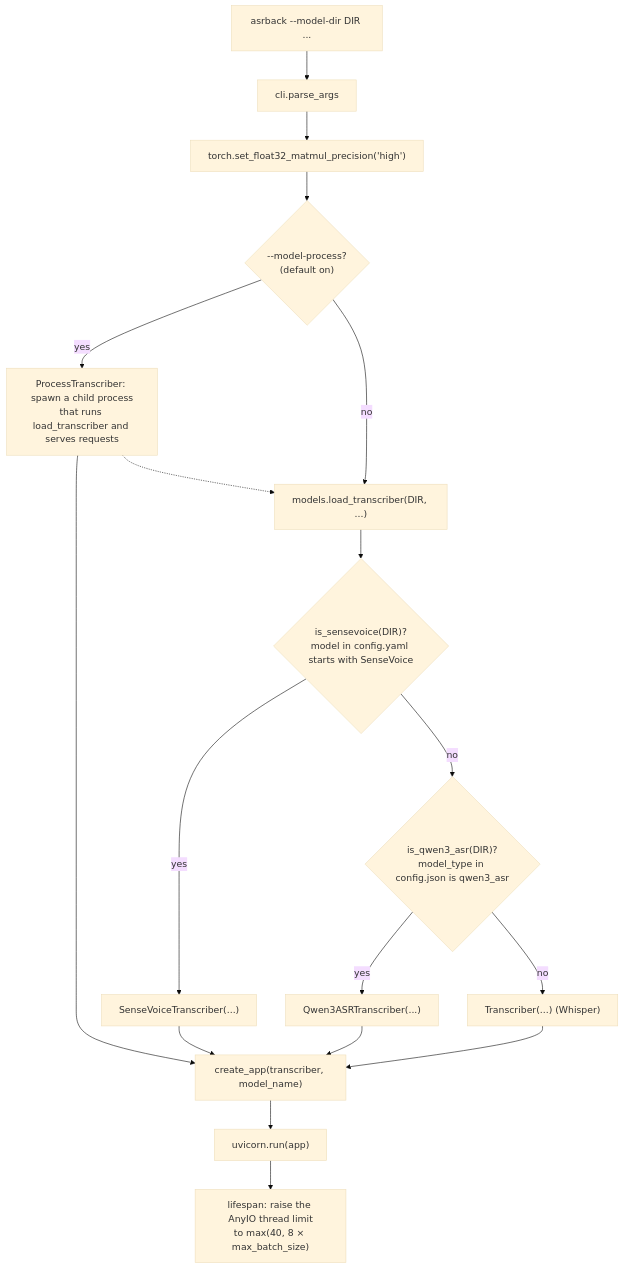
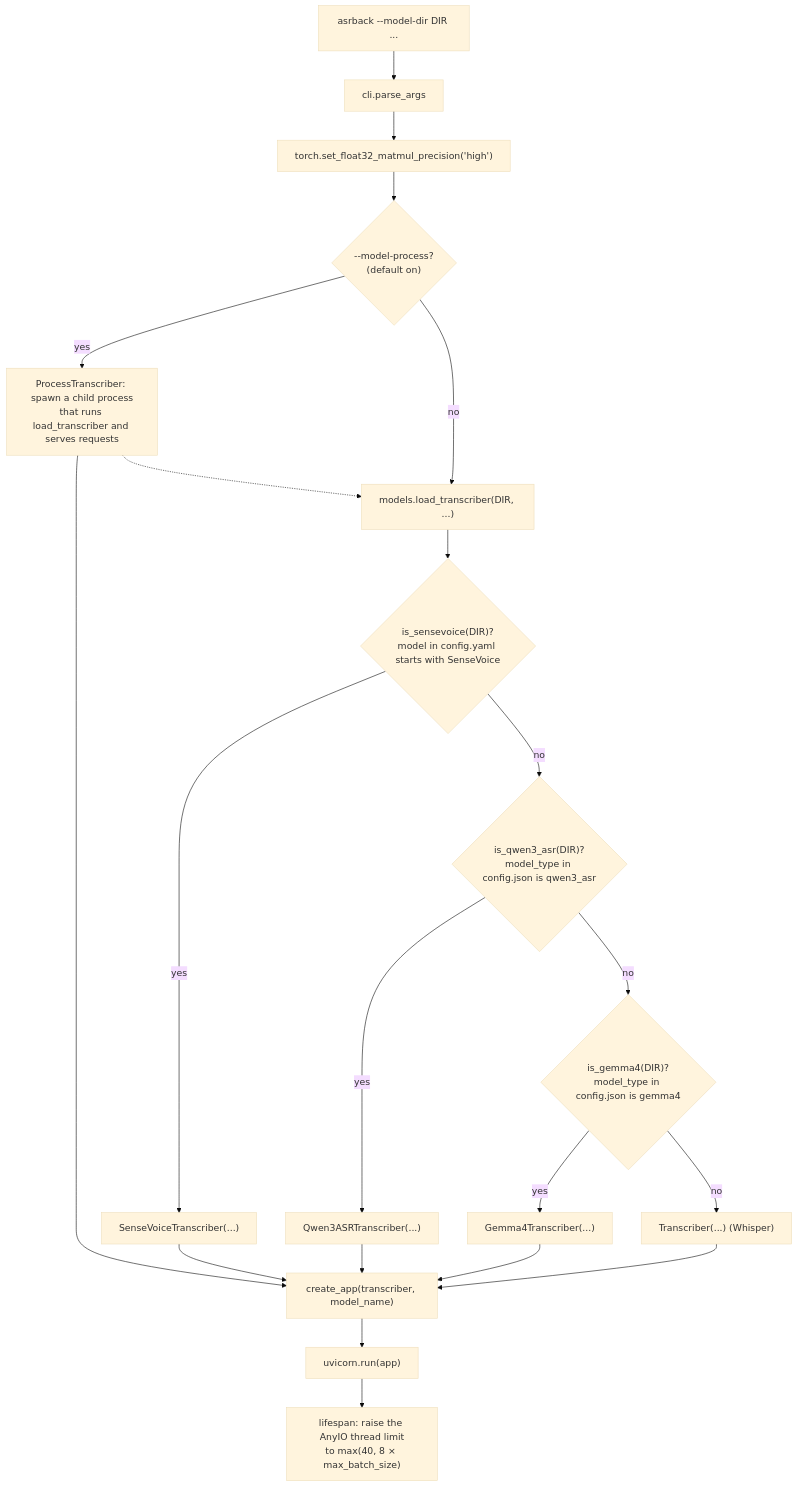
The first of 13 diagrams in docs/architecture.md (sjjeong94/asrback), drawn with Mermaid (base theme) before and after one commit. The commit also changed other lines of this file and 8 other files, not shown here.

````diff
--- a/docs/architecture.md
+++ b/docs/architecture.md
@@ -54,20 +56,23 @@
 ```mermaid
 flowchart TD
     A["asrback --model-dir DIR ..."] --> B["cli.parse_args"]
     B --> C["torch.set_float32_matmul_precision('high')"]
     C --> P{"--model-process?<br/>(default on)"}
     P -- yes --> PT["ProcessTranscriber: spawn a child process<br/>that runs load_transcriber and serves requests"]
     PT -.-> D
     PT --> H
     P -- no --> D["models.load_transcriber(DIR, ...)"]
     D --> E{"is_sensevoice(DIR)?<br/>model in config.yaml starts with SenseVoice"}
     E -- yes --> F["SenseVoiceTranscriber(...)"]
     E -- no --> Q{"is_qwen3_asr(DIR)?<br/>model_type in config.json is qwen3_asr"}
     Q -- yes --> QT["Qwen3ASRTranscriber(...)"]
-    Q -- no --> G["Transcriber(...) (Whisper)"]
+    Q -- no --> GM{"is_gemma4(DIR)?<br/>model_type in config.json is gemma4"}
+    GM -- yes --> GT["Gemma4Transcriber(...)"]
+    GM -- no --> G["Transcriber(...) (Whisper)"]
     F --> H["create_app(transcriber, model_name)"]
     QT --> H
+    GT --> H
     G --> H
     H --> I["uvicorn.run(app)"]
     I --> J["lifespan: raise the AnyIO thread limit<br/>to max(40, 8 × max_batch_size)"]
 ```
````
